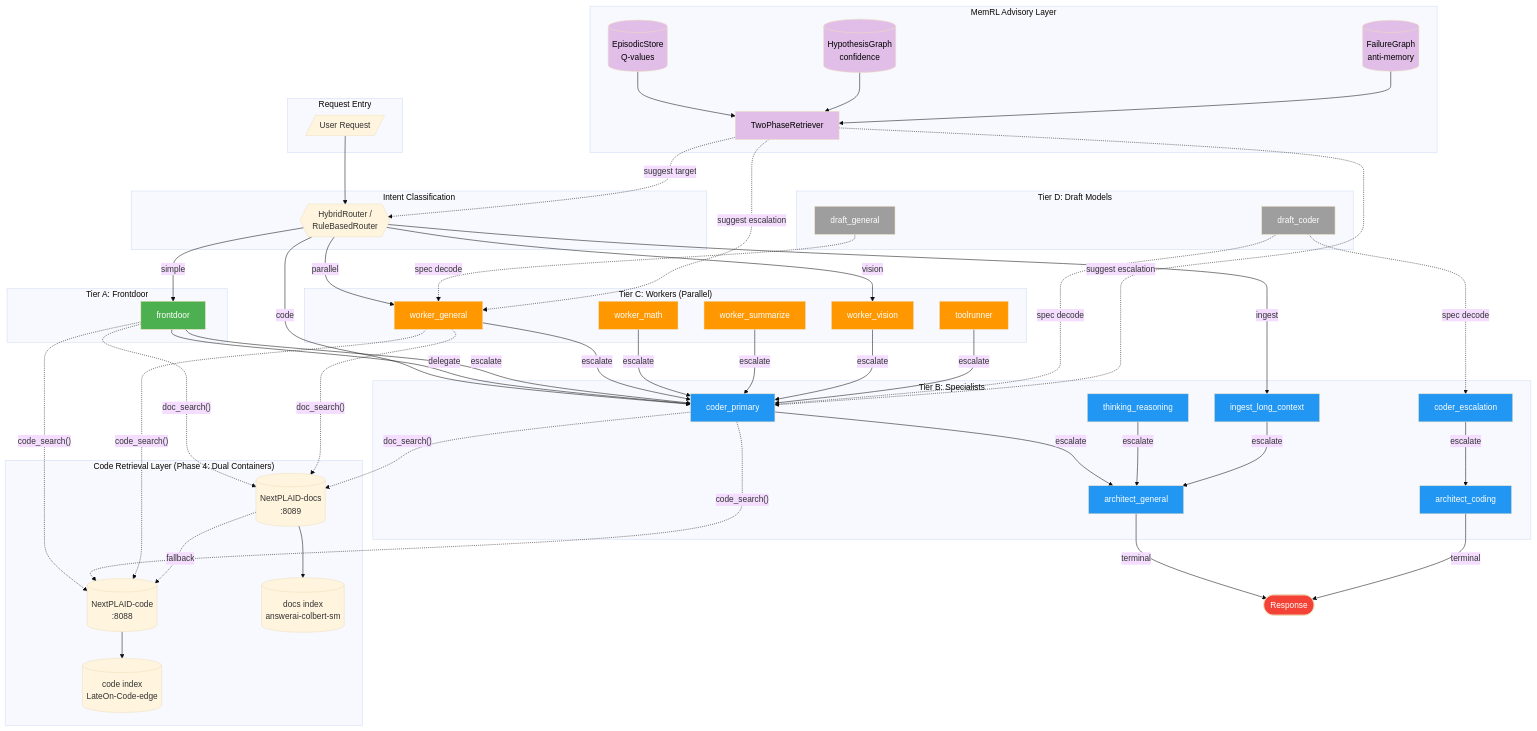
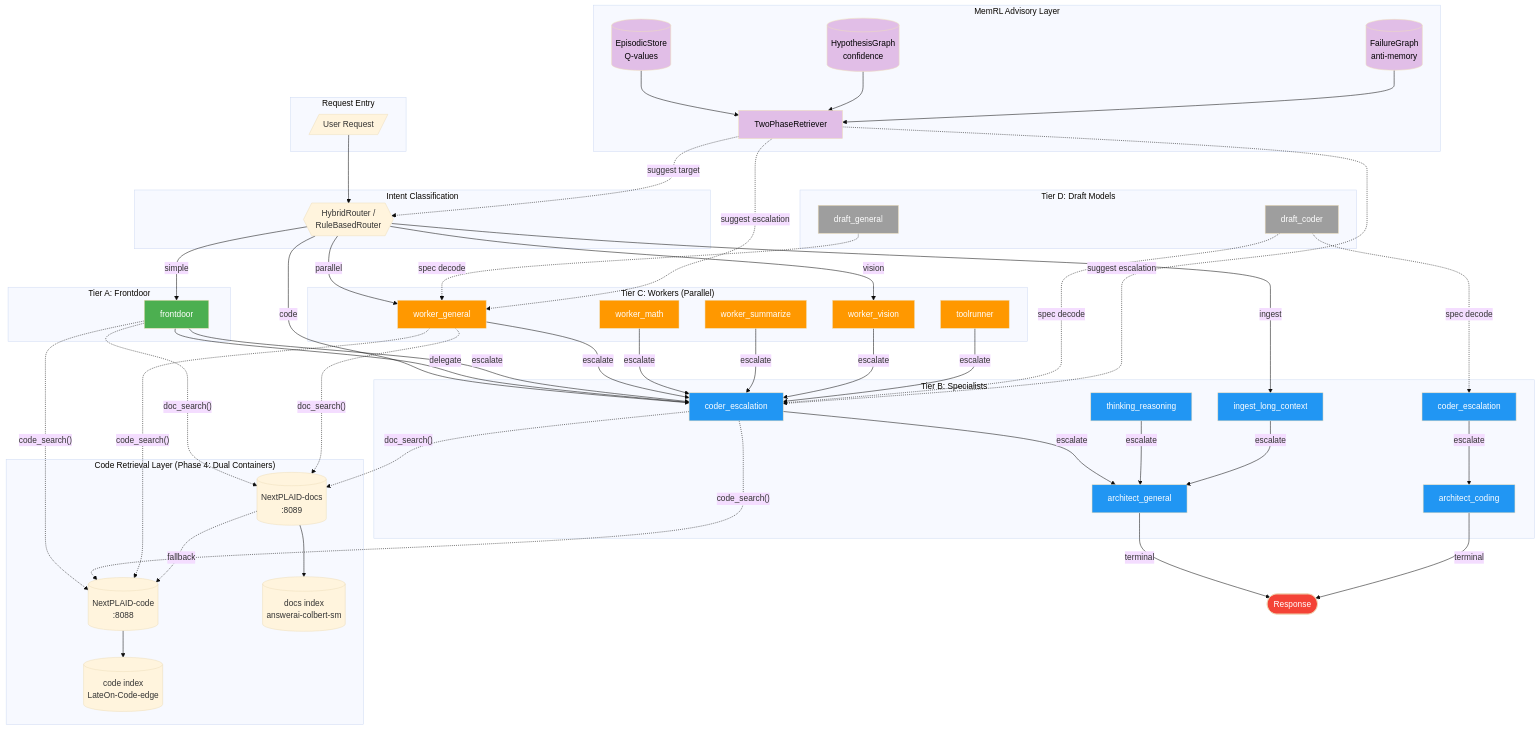
One commit to pestopoppa/amd-epyc-inference changed the first of 4 diagrams in docs/diagrams/orchestration_topology.md. Above: the diagram before and after it, drawn with Mermaid (base theme). The commit also changed other lines of this file and 126 other files, not shown here.

First line of the commit message:
refactor: deprecate coder_primary role — remove self-delegation

```diff
--- a/docs/diagrams/orchestration_topology.md
+++ b/docs/diagrams/orchestration_topology.md
@@ -28,7 +28,7 @@
     end
 
     subgraph TierB["Tier B: Specialists"]
-        CP[coder_primary]
+        CP[coder_escalation]
         CE[coder_escalation]
         ILC[ingest_long_context]
         THR[thinking_reasoning]
@@ -67,7 +67,7 @@
     FD -->|"delegate"| CP
     FD -->|"escalate"| CP
 
-    %% Worker escalation (all workers → coder_primary)
+    %% Worker escalation (all workers → coder_escalation)
     WG -->|"escalate"| CP
     WM -->|"escalate"| CP
     WS -->|"escalate"| CP
```
